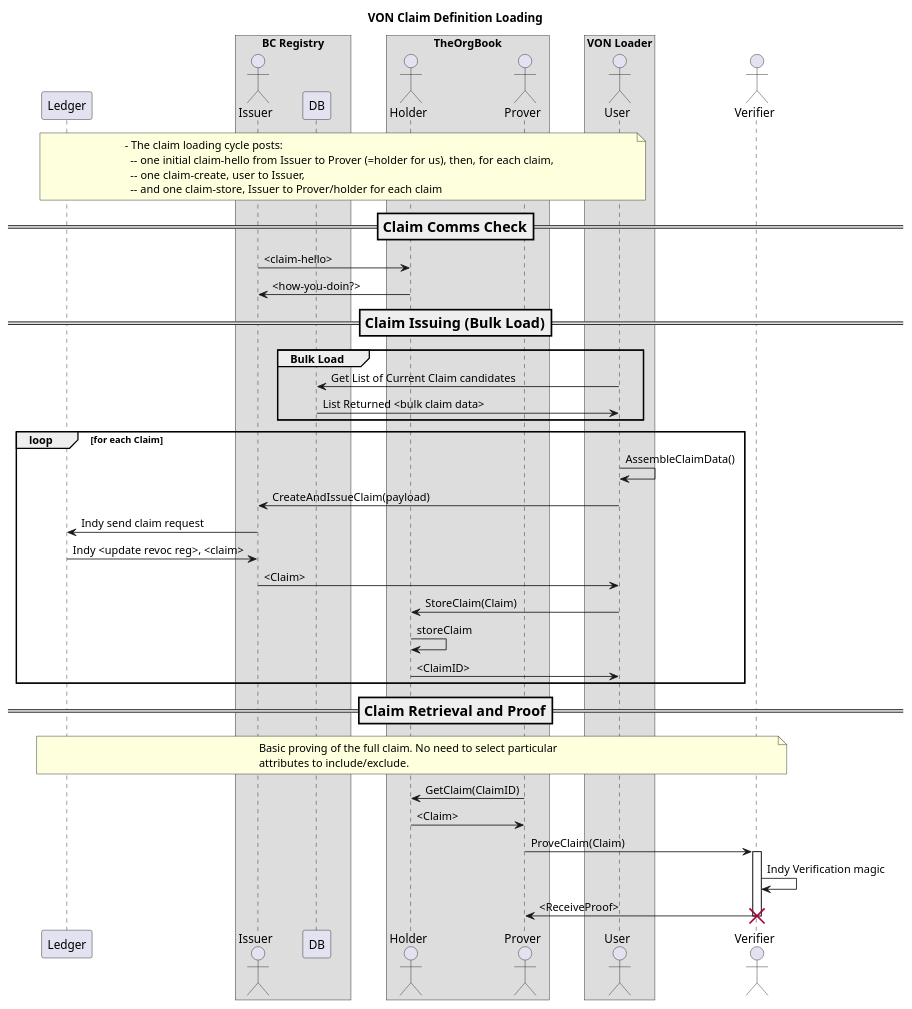
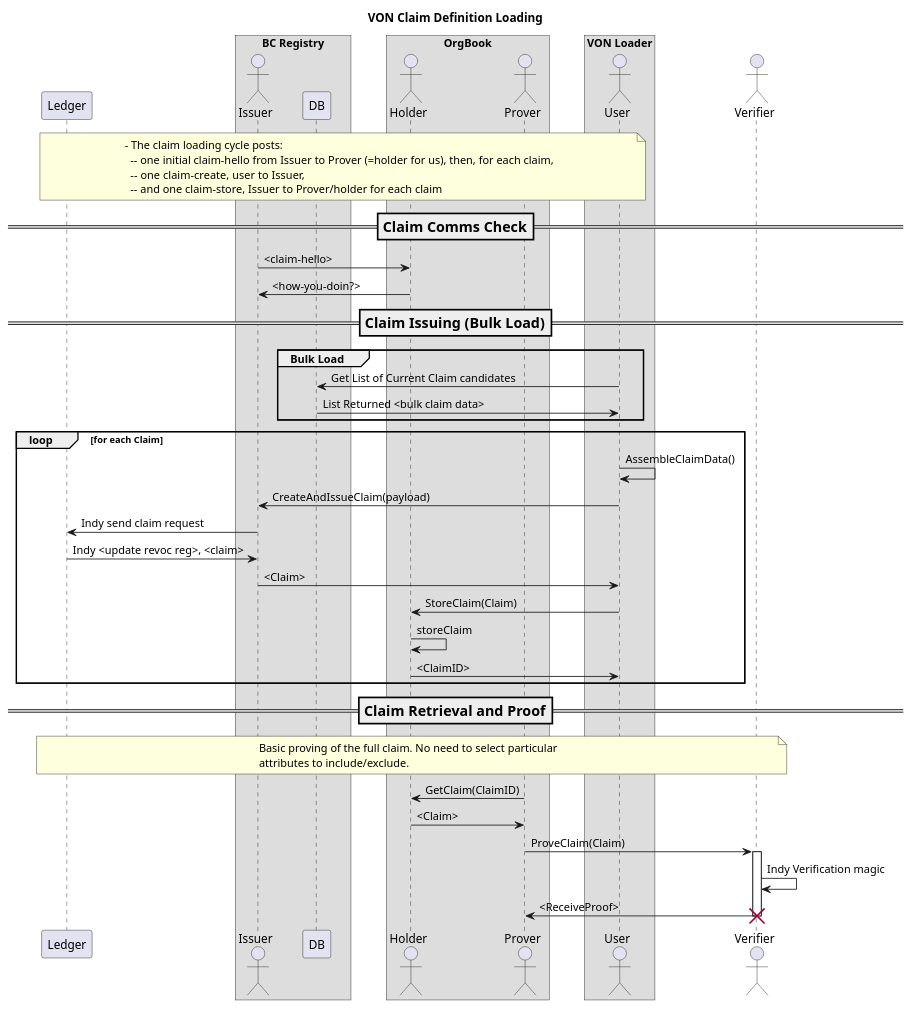
Before and after one commit to bcgov/von: the diagram in models/ClaimIssuing.puml, drawn with PlantUML. The commit also changed 19 other files, not shown here.

Commit message:
Changed TheOrgBook references, general updates and cleanup

```diff
--- a/models/ClaimIssuing.puml
+++ b/models/ClaimIssuing.puml
@@ -1,74 +1,74 @@
 @startuml
 skinparam ParticipantPadding 20
 skinparam BoxPadding 20
 
 title VON Claim Definition Loading
 
 
 
 participant "Ledger" as Ledger
 box "BC Registry"
 actor "Issuer" as I
 participant "DB" as DB
 endbox
 
 
-box "TheOrgBook"
+box "OrgBook"
   actor "Holder" as H
   actor "Prover" as P
 endbox
 
 box "VON Loader"
   actor "User" as U
 endbox
 
 actor "Verifier" as V
 
 
 note over Ledger, U
 - The claim loading cycle posts:
   -- one initial claim-hello from Issuer to Prover (=holder for us), then, for each claim,
   -- one claim-create, user to Issuer,
   -- and one claim-store, Issuer to Prover/holder for each claim
 endnote
 
 
 === Claim Comms Check ==
 
 I -> H: <claim-hello>
 H -> I: <how-you-doin?>
 
 === Claim Issuing (Bulk Load) ==
 group Bulk Load
   U -> DB: Get List of Current Claim candidates
   DB -> U: List Returned <bulk claim data>
 end group
 
 loop for each Claim
   U -> U: AssembleClaimData()
   U -> I: CreateAndIssueClaim(payload)
   I -> Ledger: Indy send claim request
   Ledger -> I: Indy <update revoc reg>, <claim>
   I -> U: <Claim>
   U -> H: StoreClaim(Claim)
   H -> H: storeClaim
   H -> U: <ClaimID>
 end
 
 
 === Claim Retrieval and Proof ==
 
 note over Ledger, V
 Basic proving of the full claim. No need to select particular
 attributes to include/exclude.
 endnote
 
 P -> H: GetClaim(ClaimID)
 H -> P: <Claim>
 P -> V: ProveClaim(Claim)
 activate V
   V -> V: Indy Verification magic
   V -> P: <ReceiveProof>
 destroy V
 
 @enduml
```
